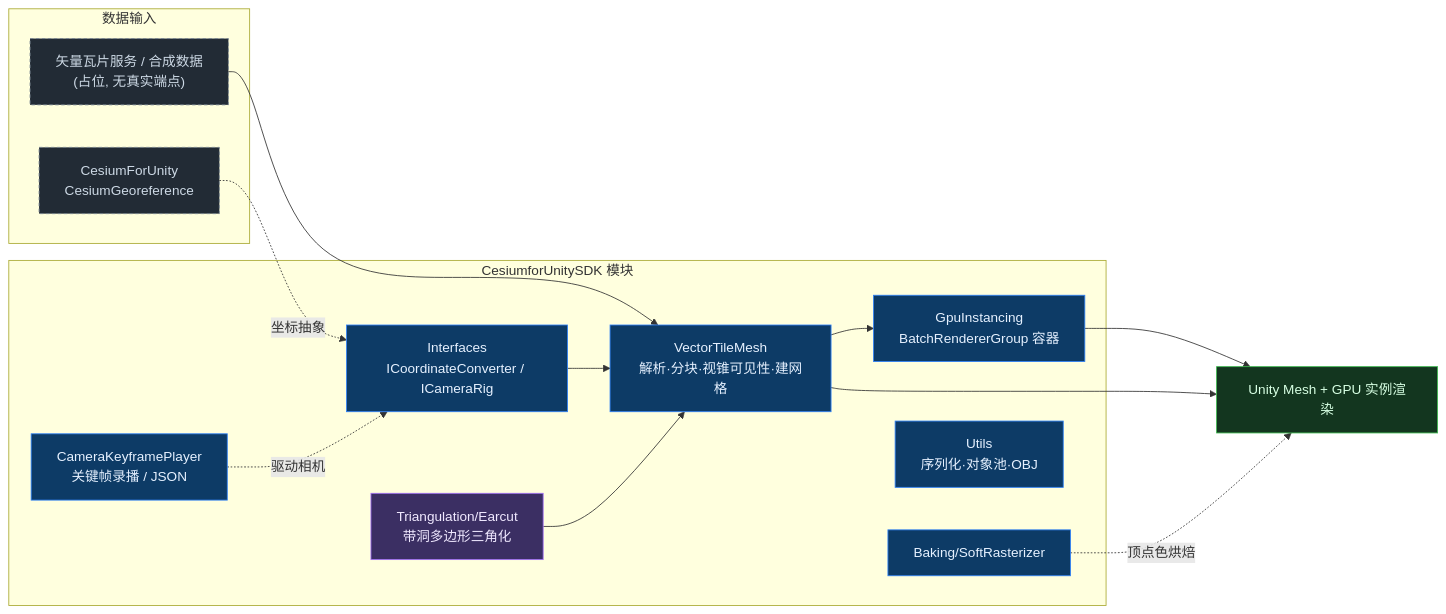
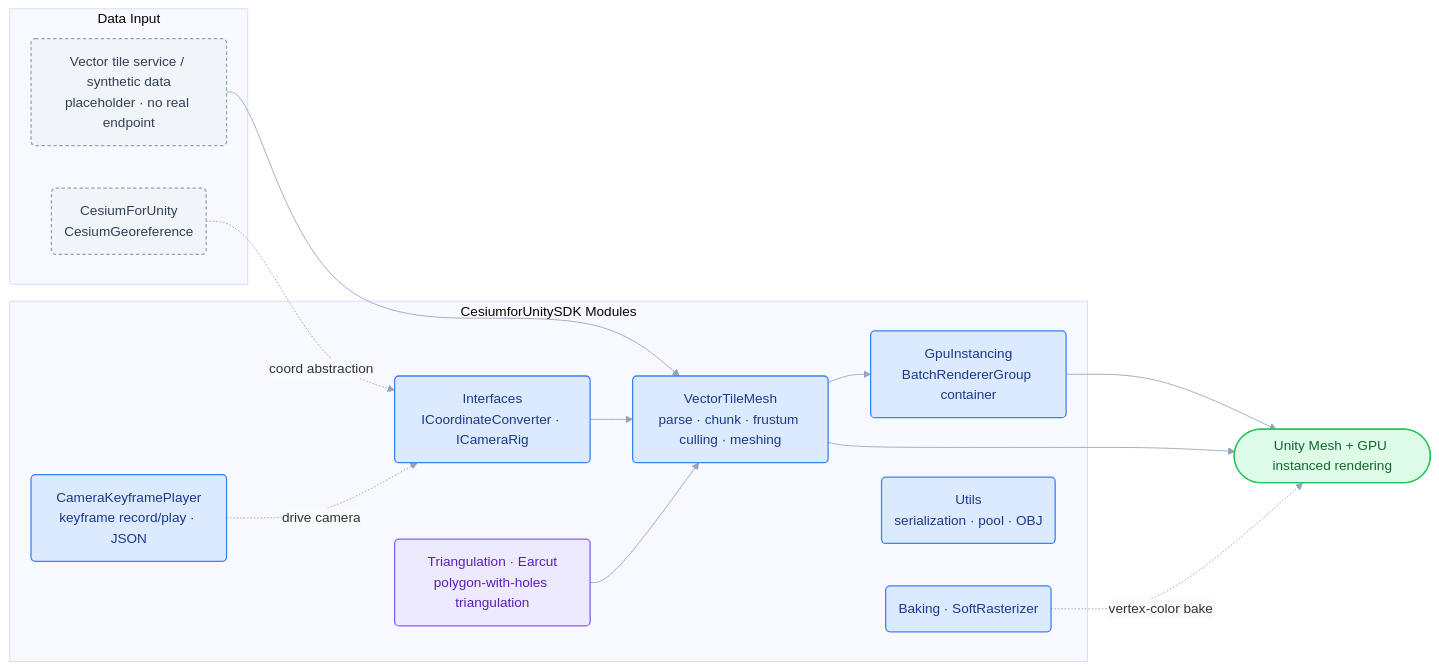
Before and after one commit to zhuxb93/CesiumforUnitySDK: the diagram in README.md, drawn with Mermaid. The commit also changed other lines of this file and 2 other files, not shown here.

First line of the commit message:
style(readme): set English default README and improve architecture diagram colors

````diff
--- a/README.md
+++ b/README.md
@@ -11,31 +11,32 @@
 ```mermaid
+%%{init: {'theme':'base','themeVariables':{'fontFamily':'ui-sans-serif, system-ui, sans-serif','lineColor':'#94A3B8','edgeLabelBackground':'#F8FAFC'}}}%%
 flowchart LR
-    subgraph IN["数据输入"]
-        SRC["矢量瓦片服务 / 合成数据<br/>(占位, 无真实端点)"]:::ext
-        CES["CesiumForUnity<br/>CesiumGeoreference"]:::ext
+    subgraph IN["Data Input"]
+        SRC("Vector tile service / synthetic data<br/>placeholder · no real endpoint"):::ext
+        CES("CesiumForUnity<br/>CesiumGeoreference"):::ext
     end
-    subgraph REPO["CesiumforUnitySDK 模块"]
-        IFC["Interfaces<br/>ICoordinateConverter / ICameraRig"]:::own
-        VTM["VectorTileMesh<br/>解析·分块·视锥可见性·建网格"]:::own
-        EAR["Triangulation/Earcut<br/>带洞多边形三角化"]:::third
-        GPU["GpuInstancing<br/>BatchRendererGroup 容器"]:::own
-        CAM["CameraKeyframePlayer<br/>关键帧录播 / JSON"]:::own
-        BAK["Baking/SoftRasterizer"]:::own
-        UTL["Utils<br/>序列化·对象池·OBJ"]:::own
+    subgraph REPO["CesiumforUnitySDK Modules"]
+        IFC("Interfaces<br/>ICoordinateConverter · ICameraRig"):::own
+        VTM("VectorTileMesh<br/>parse · chunk · frustum culling · meshing"):::own
+        EAR("Triangulation · Earcut<br/>polygon-with-holes triangulation"):::third
+        GPU("GpuInstancing<br/>BatchRendererGroup container"):::own
+        CAM("CameraKeyframePlayer<br/>keyframe record/play · JSON"):::own
+        BAK("Baking · SoftRasterizer"):::own
+        UTL("Utils<br/>serialization · pool · OBJ"):::own
     end
-    OUT["Unity Mesh + GPU 实例渲染"]:::out
+    OUT(["Unity Mesh + GPU instanced rendering"]):::out
 
     SRC --> VTM
-    CES -. 坐标抽象 .-> IFC
+    CES -. coord abstraction .-> IFC
     IFC --> VTM
     EAR --> VTM
     VTM --> GPU --> OUT
     VTM --> OUT
-    CAM -. 驱动相机 .-> IFC
-    BAK -. 顶点色烘焙 .-> OUT
+    CAM -. drive camera .-> IFC
+    BAK -. vertex-color bake .-> OUT
 
-    classDef own  fill:#0d3b66,stroke:#2f81f7,color:#e6f1ff;
-    classDef third fill:#3b2f63,stroke:#a371f7,color:#f0e9ff;
-    classDef ext  fill:#222b35,stroke:#768390,color:#cdd9e5,stroke-dasharray:4 3;
-    classDef out  fill:#13361f,stroke:#3fb950,color:#d7ffe3;
+    classDef own  fill:#DBEAFE,stroke:#3B82F6,stroke-width:1.5px,color:#1E3A8A;
+    classDef third fill:#EDE9FE,stroke:#8B5CF6,stroke-width:1.5px,color:#5B21B6;
+    classDef ext  fill:#F1F5F9,stroke:#94A3B8,stroke-width:1.5px,color:#334155,stroke-dasharray:4 3;
+    classDef out  fill:#DCFCE7,stroke:#22C55E,stroke-width:1.5px,color:#166534;
 ```
````
